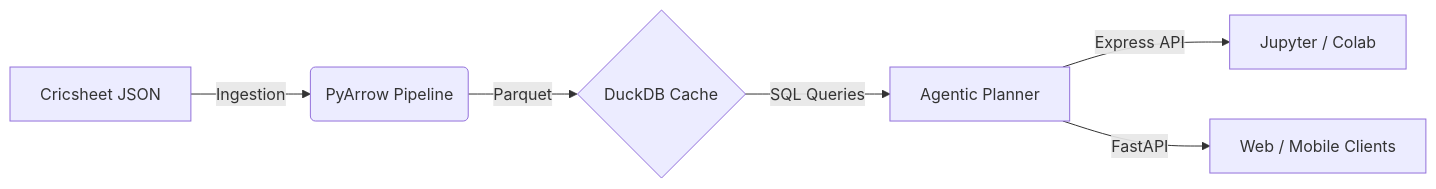
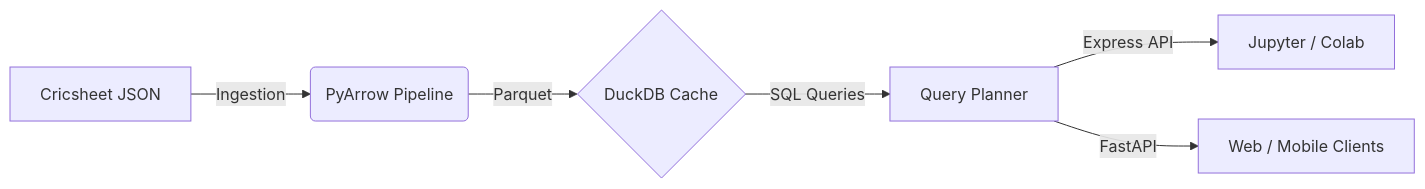
Before and after one commit to CodersAcademy006/Midwicket: the diagram in README.md, drawn with Mermaid. The commit also changed other lines of this file, not shown here.

````diff
--- a/README.md
+++ b/README.md
@@ -44,8 +44,8 @@
 ```mermaid
 graph LR
     A[Cricsheet JSON] -->|Ingestion| B(PyArrow Pipeline)
     B -->|Parquet| C{DuckDB Cache}
-    C -->|SQL Queries| D[Agentic Planner]
+    C -->|SQL Queries| D[Query Planner]
     D -->|Express API| E[Jupyter / Colab]
     D -->|FastAPI| F[Web / Mobile Clients]
 ```
````
